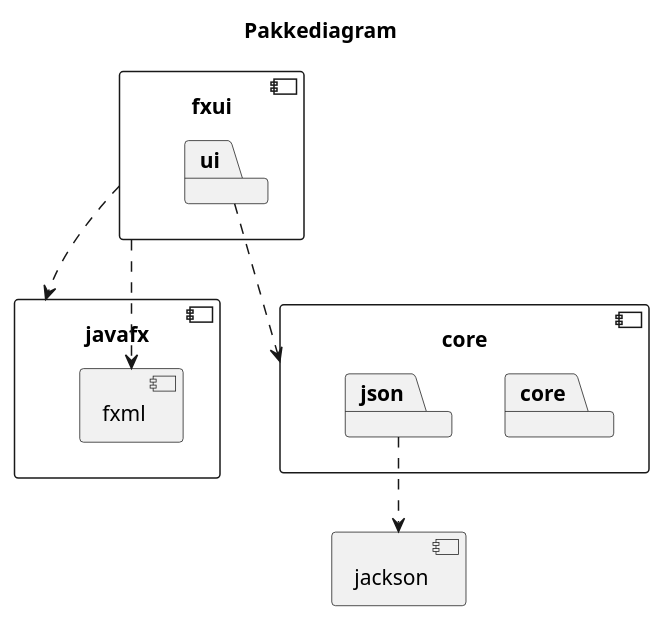
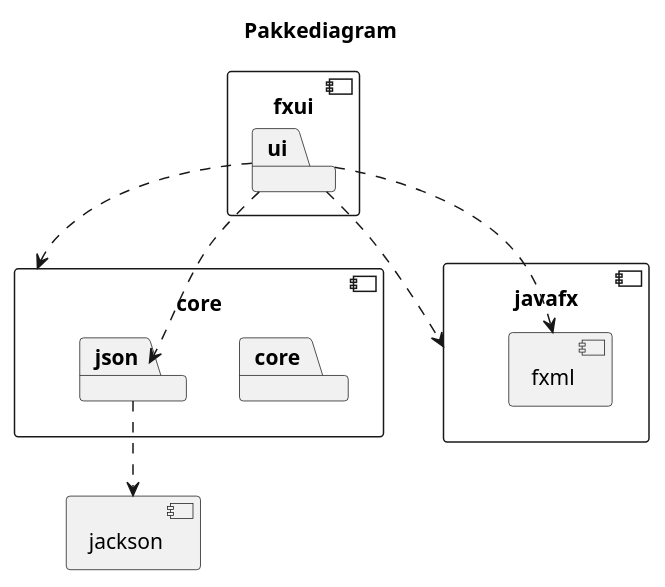
One commit to bcfogale/IT1901-Project changed the diagram in docs/pakkediagram.puml. Above: the diagram before and after it, drawn with PlantUML.

Commit message:
Issue #48: Har bygget videre på pakkediagrammet. Venter på at Rest API skal bli satt opp slik at jeg kan gjøre diagrammet ferdig.

```diff
--- a/docs/pakkediagram.puml
+++ b/docs/pakkediagram.puml
@@ -1,32 +1,33 @@
 @startuml pd
 
 allow_mixing
 
 title Pakkediagram
 
 
 component core{
   package core
   package json
 }
 
 component fxui{
   package ui
 }
 
 component javafx{
   component fxml{
   
   }
 }
 
 component jackson{
 
 }
 
 json ..> jackson
-fxui ..> javafx
-fxui ..> fxml
+ui ..> javafx
+ui ..> fxml
 ui ..> core
+ui ..> json
 
 @enduml
```
